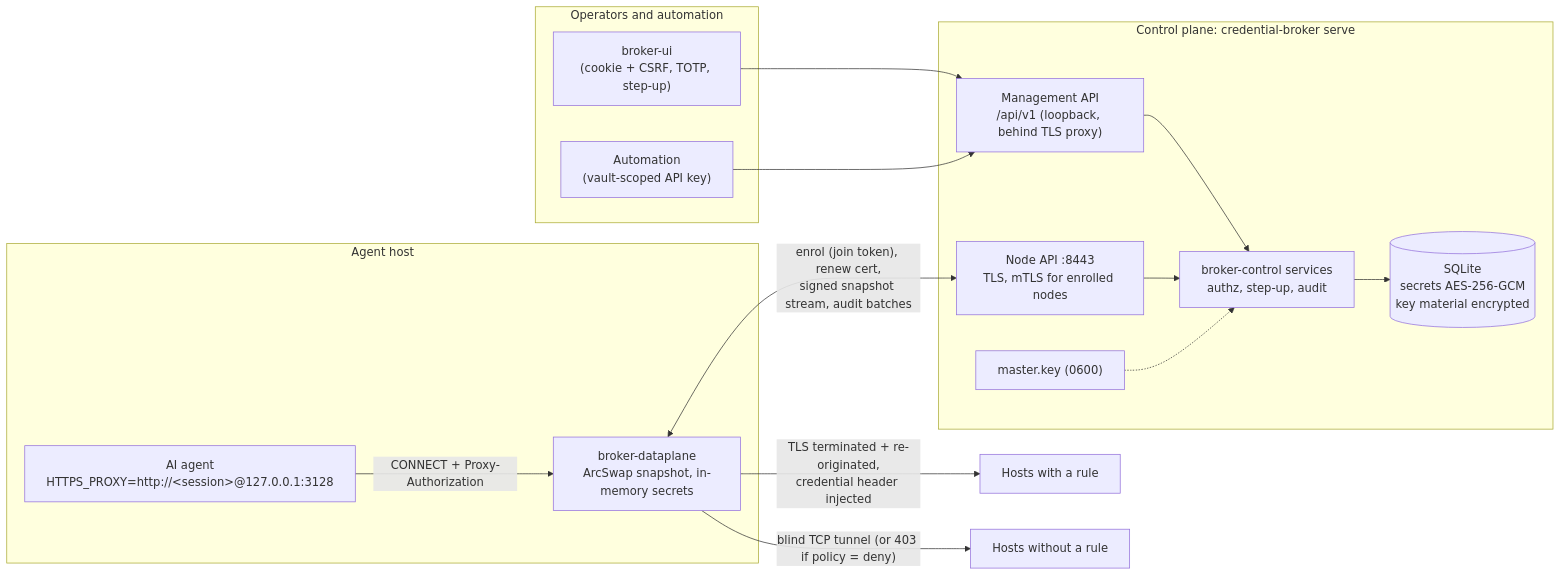
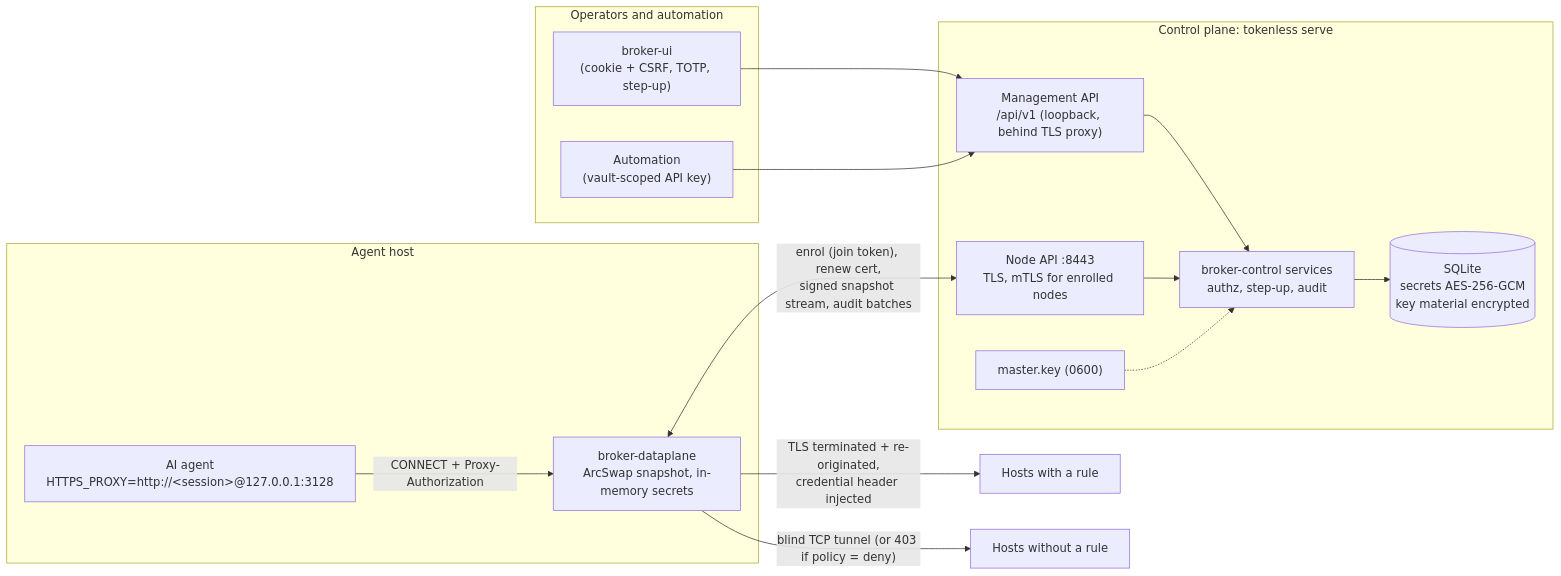
One commit to gotempsh/tokenless changed the first of 3 diagrams in docs/adr/0001-architecture.md. Above: the diagram before and after it, drawn with Mermaid. The commit also changed other lines of this file and 310 other files, not shown here.

````diff
--- a/docs/adr/0001-architecture.md
+++ b/docs/adr/0001-architecture.md
@@ -47,31 +47,31 @@
 ```mermaid
 flowchart LR
   subgraph People["Operators and automation"]
     UI["broker-ui<br/>(cookie + CSRF, TOTP, step-up)"]
     CI["Automation<br/>(vault-scoped API key)"]
   end
 
-  subgraph CP["Control plane: credential-broker serve"]
+  subgraph CP["Control plane: tokenless serve"]
     API["Management API<br/>/api/v1 (loopback, behind TLS proxy)"]
     NAPI["Node API :8443<br/>TLS, mTLS for enrolled nodes"]
     SVC["broker-control services<br/>authz, step-up, audit"]
     DB[("SQLite<br/>secrets AES-256-GCM<br/>key material encrypted")]
     MK["master.key (0600)"]
     API --> SVC
     NAPI --> SVC
     SVC --> DB
     MK -.-> SVC
   end
 
   subgraph AgentHost["Agent host"]
     Agent["AI agent<br/>HTTPS_PROXY=http://&lt;session&gt;@127.0.0.1:3128"]
     DP["broker-dataplane<br/>ArcSwap snapshot, in-memory secrets"]
     Agent -->|CONNECT + Proxy-Authorization| DP
   end
 
   UI --> API
   CI --> API
   DP <-->|"enrol (join token), renew cert,<br/>signed snapshot stream, audit batches"| NAPI
   DP -->|"TLS terminated + re-originated,<br/>credential header injected"| Ruled["Hosts with a rule"]
   DP -->|"blind TCP tunnel (or 403 if policy = deny)"| Other["Hosts without a rule"]
 ```
````
